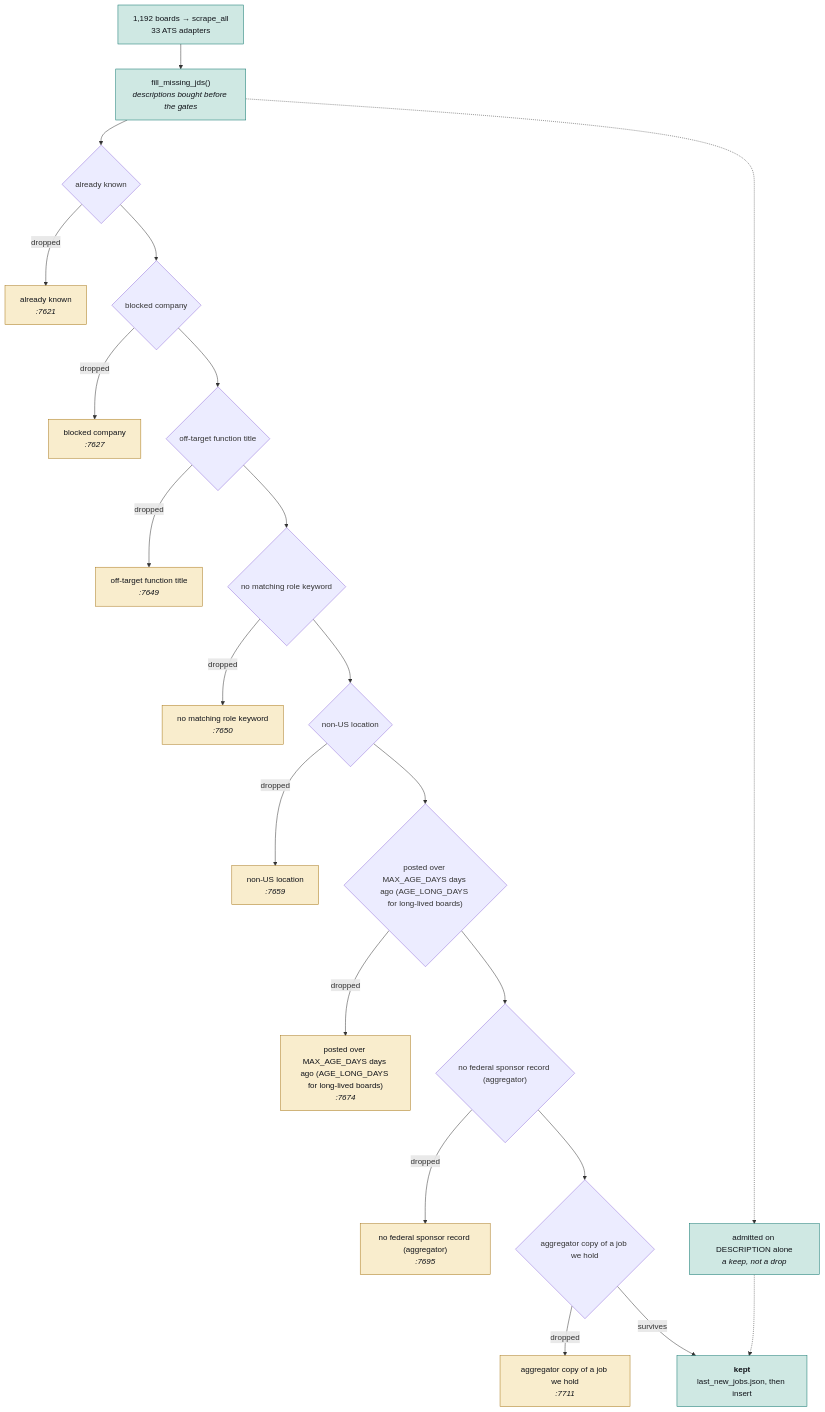
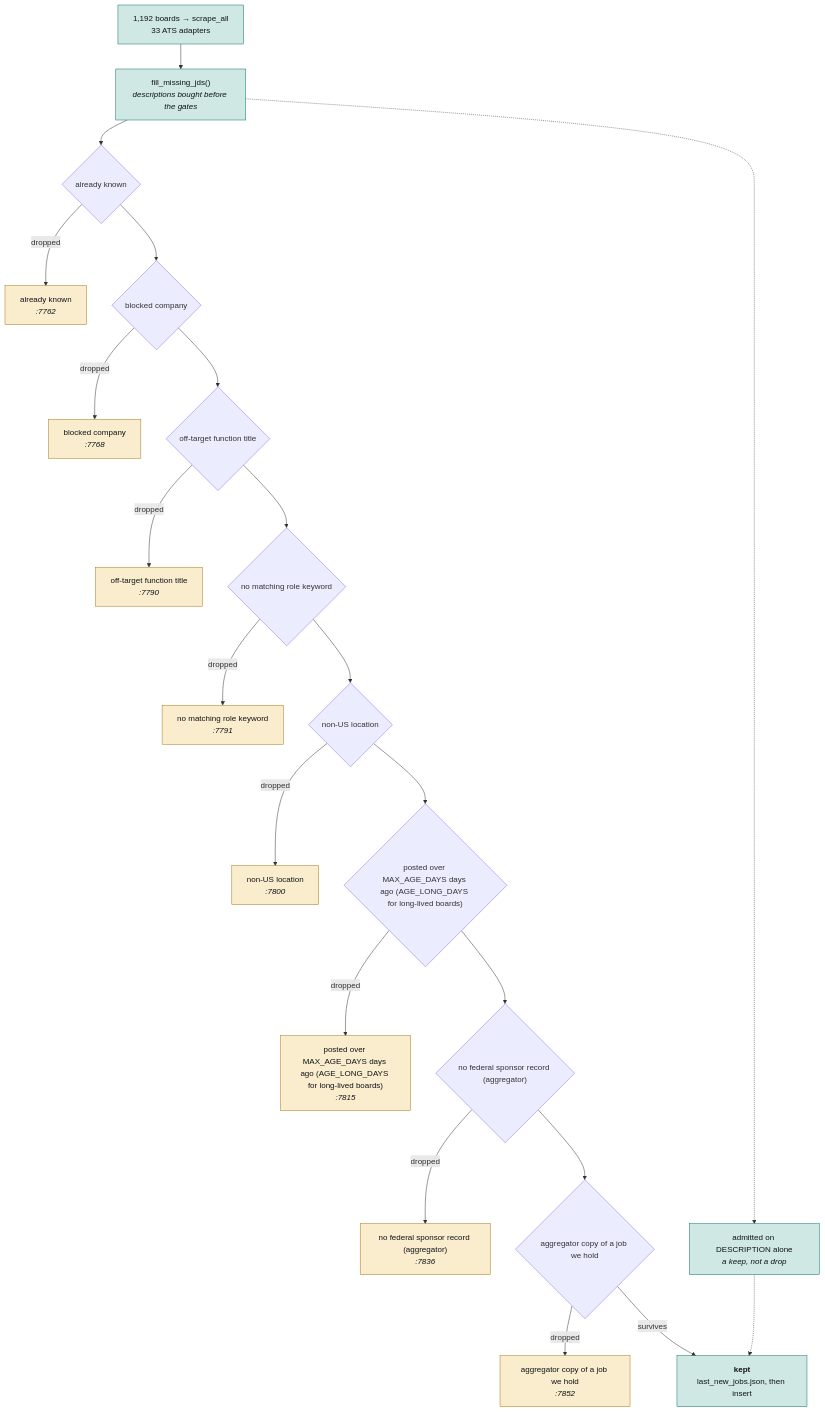
Before and after one commit to hadakunal909-debug/job-search-tool: the second of 4 diagrams in JobMatch Scraper/docs/ARCHITECTURE.md, drawn with Mermaid. The commit also changed other lines of this file and 7 other files, not shown here.

````diff
--- a/JobMatch Scraper/docs/ARCHITECTURE.md
+++ b/JobMatch Scraper/docs/ARCHITECTURE.md
@@ -106,54 +106,54 @@
 ```mermaid
 flowchart TB
   SRC["1,192 boards → scrape_all<br/>33 ATS adapters"]
   JD["fill_missing_jds()<br/><i>descriptions bought before the gates</i>"]
   SRC --> JD
   G0{"already known"}
-  D0["already known<br/><i>:7621</i>"]
+  D0["already known<br/><i>:7762</i>"]
   JD --> G0
   G0 -->|dropped| D0
   class D0 trap
   G1{"blocked company"}
-  D1["blocked company<br/><i>:7627</i>"]
+  D1["blocked company<br/><i>:7768</i>"]
   G0 --> G1
   G1 -->|dropped| D1
   class D1 trap
   G2{"off-target function title"}
-  D2["off-target function title<br/><i>:7649</i>"]
+  D2["off-target function title<br/><i>:7790</i>"]
   G1 --> G2
   G2 -->|dropped| D2
   class D2 trap
   G3{"no matching role keyword"}
-  D3["no matching role keyword<br/><i>:7650</i>"]
+  D3["no matching role keyword<br/><i>:7791</i>"]
   G2 --> G3
   G3 -->|dropped| D3
   class D3 trap
   G4{"non-US location"}
-  D4["non-US location<br/><i>:7659</i>"]
+  D4["non-US location<br/><i>:7800</i>"]
   G3 --> G4
   G4 -->|dropped| D4
   class D4 trap
   G5{"posted over MAX_AGE_DAYS days ago (AGE_LONG_DAYS for long-lived boards)"}
-  D5["posted over MAX_AGE_DAYS days ago (AGE_LONG_DAYS for long-lived boards)<br/><i>:7674</i>"]
+  D5["posted over MAX_AGE_DAYS days ago (AGE_LONG_DAYS for long-lived boards)<br/><i>:7815</i>"]
   G4 --> G5
   G5 -->|dropped| D5
   class D5 trap
   G6{"no federal sponsor record (aggregator)"}
-  D6["no federal sponsor record (aggregator)<br/><i>:7695</i>"]
+  D6["no federal sponsor record (aggregator)<br/><i>:7836</i>"]
   G5 --> G6
   G6 -->|dropped| D6
   class D6 trap
   G7{"aggregator copy of a job we hold"}
-  D7["aggregator copy of a job we hold<br/><i>:7711</i>"]
+  D7["aggregator copy of a job we hold<br/><i>:7852</i>"]
   G6 --> G7
   G7 -->|dropped| D7
   class D7 trap
   KEEP["<b>kept</b><br/>last_new_jobs.json, then insert"]
   G7 -->|survives| KEEP
   RESCUE["admitted on DESCRIPTION alone<br/><i>a keep, not a drop</i>"]
   JD -.-> RESCUE
   RESCUE -.-> KEEP
   classDef trap fill:#f9edcd,stroke:#a8781a,color:#101319
   classDef sched fill:#cfe8e3,stroke:#0f766e,color:#101319
   class SRC,JD,KEEP,RESCUE sched
 ```
````
